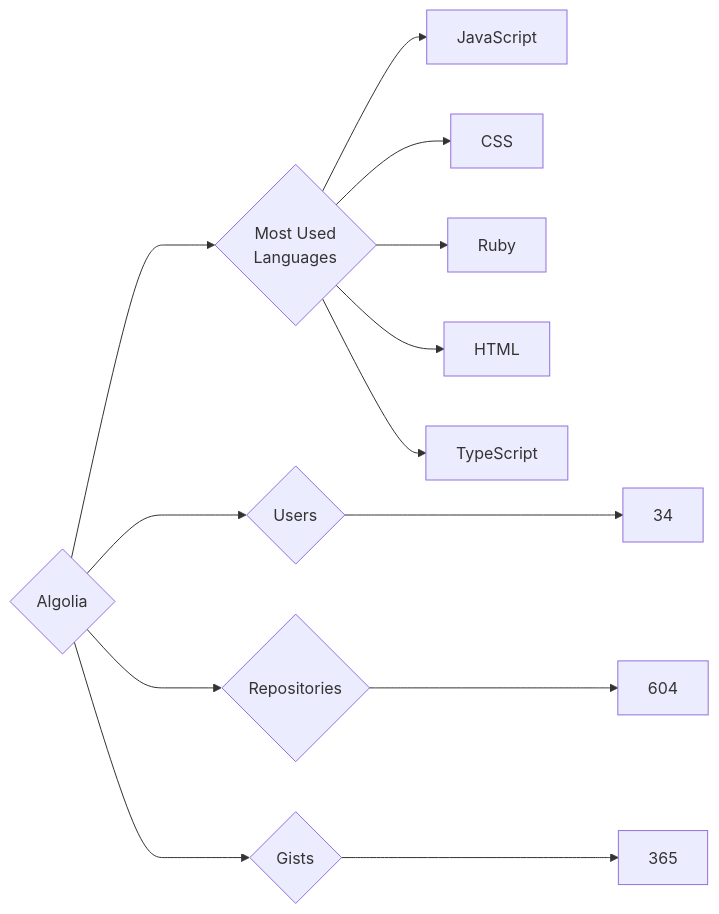
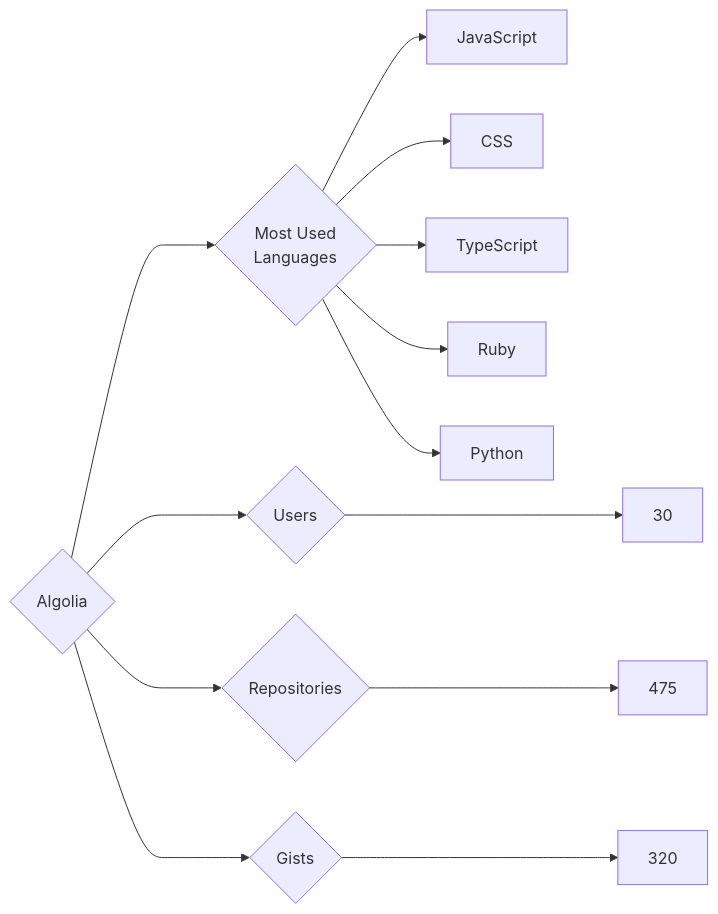
The diagram in targets/Algolia/README.md (trickest/insiders), drawn with Mermaid before and after one commit. The commit also changed 594 other files, not shown here.

````diff
--- a/targets/Algolia/README.md
+++ b/targets/Algolia/README.md
@@ -3,13 +3,13 @@
 ```mermaid
 graph LR
 COMPANY_NAME{Algolia}
-COMPANY_NAME ---> U{Users} ---> UN[34]
-COMPANY_NAME ---> R{Repositories} ---> RN[604]
-COMPANY_NAME ---> G{Gists} ---> GN[365]
+COMPANY_NAME ---> U{Users} ---> UN[30]
+COMPANY_NAME ---> R{Repositories} ---> RN[475]
+COMPANY_NAME ---> G{Gists} ---> GN[320]
 COMPANY_NAME ---> ML{Most Used<br>Languages}
 ML --> JavaScript[JavaScript]
 ML --> CSS[CSS]
+ML --> TypeScript[TypeScript]
 ML --> Ruby[Ruby]
-ML --> HTML[HTML]
-ML --> TypeScript[TypeScript]
+ML --> Python[Python]
 ```
````
